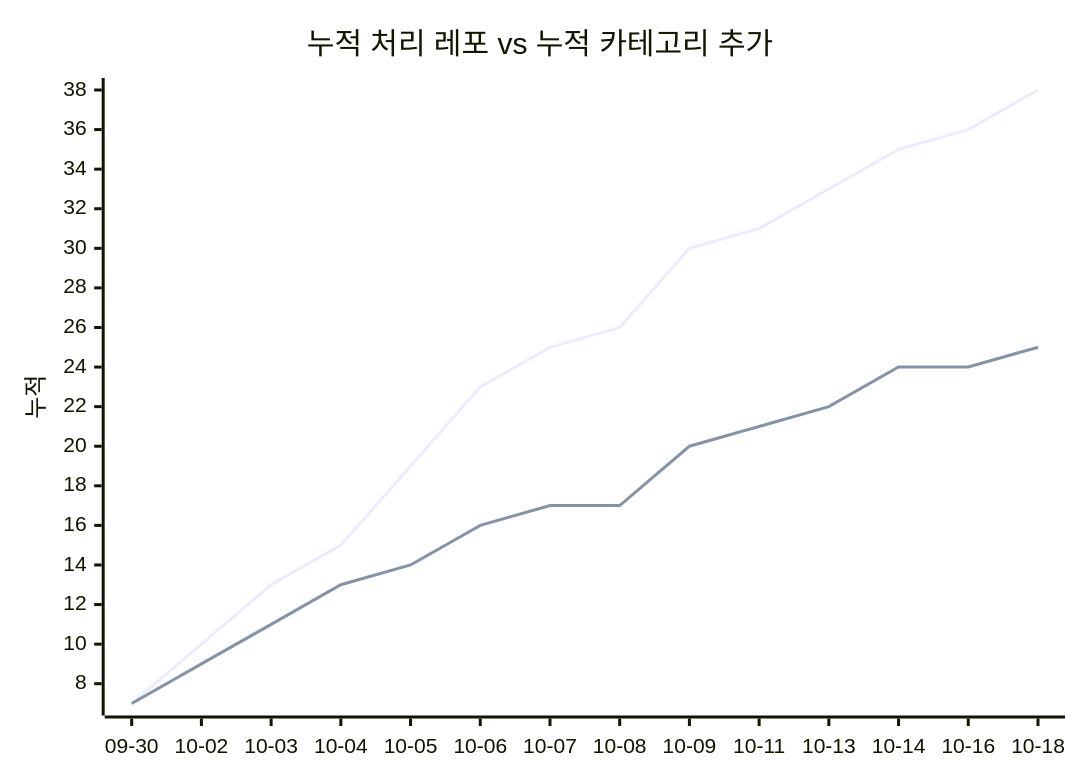
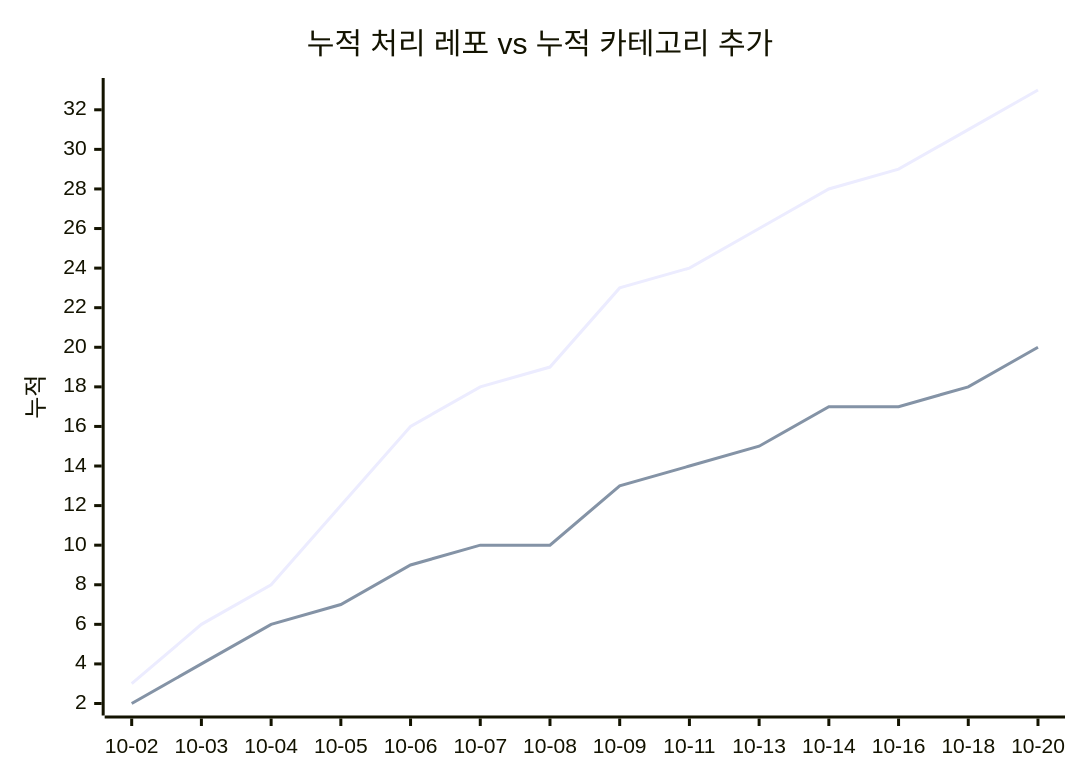
One commit to J-nowcow/awesome-korean-agent-skills changed the second of 2 diagrams in docs/trends.md. Above: the diagram before and after it, drawn with Mermaid. The commit also changed other lines of this file and 4 other files, not shown here.

````diff
--- a/docs/trends.md
+++ b/docs/trends.md
@@ -68,8 +68,8 @@
 ```mermaid
 xychart-beta
     title "누적 처리 레포 vs 누적 카테고리 추가"
-    x-axis ["09-30","10-02","10-03","10-04","10-05","10-06","10-07","10-08","10-09","10-11","10-13","10-14","10-16","10-18"]
+    x-axis ["10-02","10-03","10-04","10-05","10-06","10-07","10-08","10-09","10-11","10-13","10-14","10-16","10-18","10-20"]
     y-axis "누적"
-    line [7,10,13,15,19,23,25,26,30,31,33,35,36,38]
-    line [7,9,11,13,14,16,17,17,20,21,22,24,24,25]
+    line [3,6,8,12,16,18,19,23,24,26,28,29,31,33]
+    line [2,4,6,7,9,10,10,13,14,15,17,17,18,20]
 ```
````
